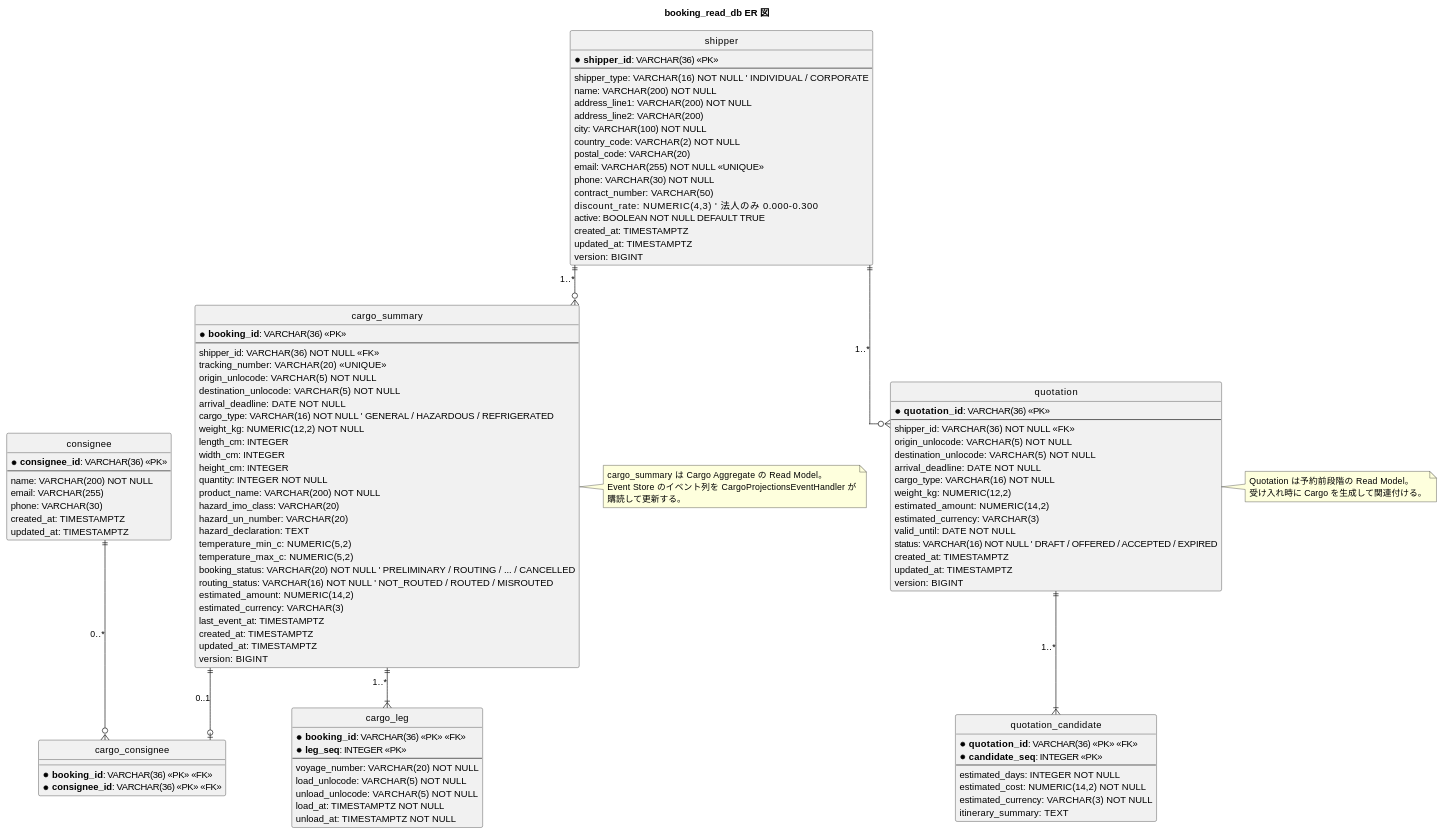
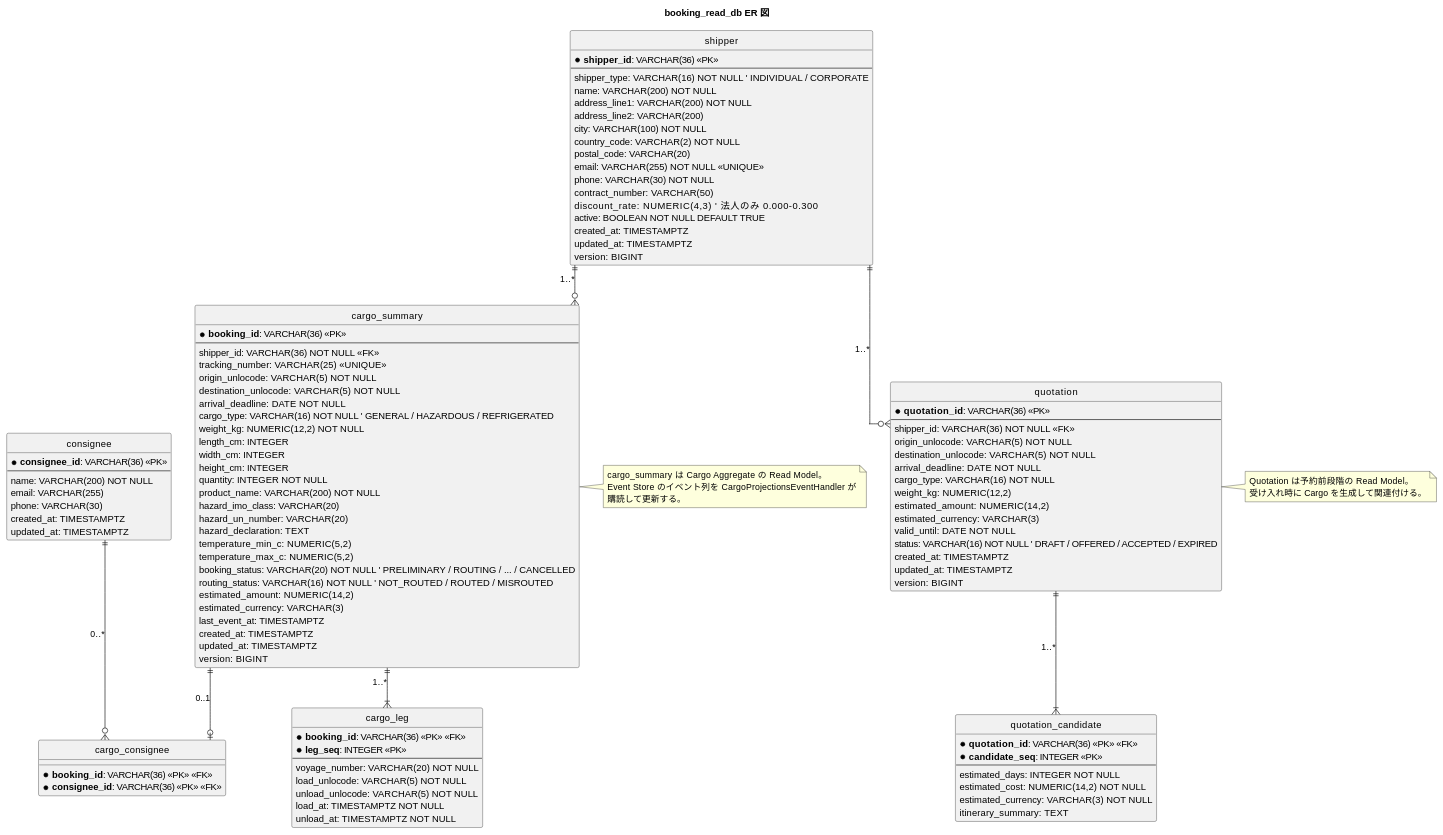
One commit to k2works/case-study-cargo-tracker changed the third of 8 diagrams in docs/design/data-model.md. Above: the diagram before and after it, drawn with PlantUML. The commit also changed other lines of this file and 10 other files, not shown here.

```diff
--- a/docs/design/data-model.md
+++ b/docs/design/data-model.md
@@ -310,7 +310,7 @@
   * **booking_id**: VARCHAR(36) <<PK>>
   --
   shipper_id: VARCHAR(36) NOT NULL <<FK>>
-  tracking_number: VARCHAR(20) <<UNIQUE>>
+  tracking_number: VARCHAR(25) <<UNIQUE>>
   origin_unlocode: VARCHAR(5) NOT NULL
   destination_unlocode: VARCHAR(5) NOT NULL
   arrival_deadline: DATE NOT NULL
```
